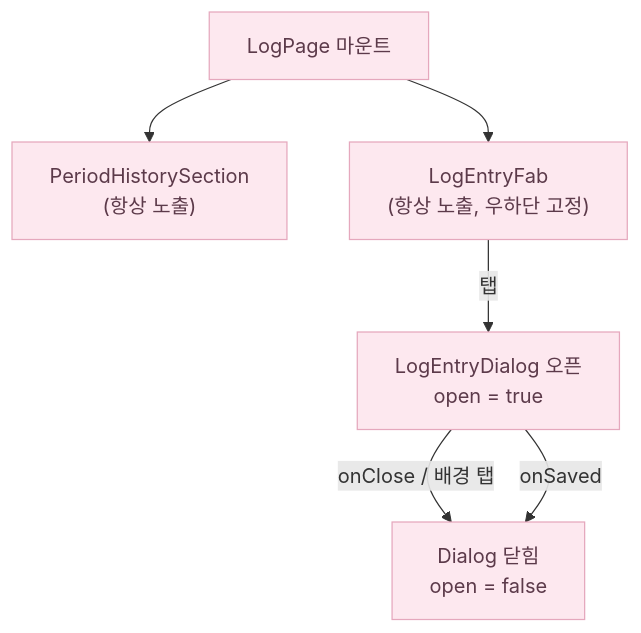
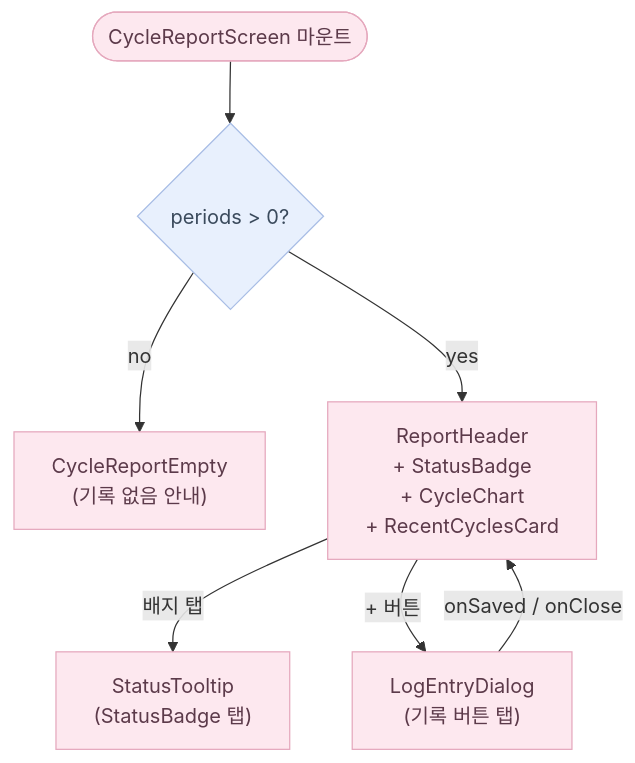
The diagram in docs/flows/log.md (soojjung/dwee-wellness-tracker), drawn with Mermaid before and after one commit. The commit also changed other lines of this file and 28 other files, not shown here.

First line of the commit message:
feat(log): cycle report screen — 7-status classifier + chart + recent cycles (#26)

````diff
--- a/docs/flows/log.md
+++ b/docs/flows/log.md
@@ -20,13 +24,21 @@
 ```mermaid
 flowchart TD
-  Mount["LogPage 마운트"] --> PHS["PeriodHistorySection\n(항상 노출)"]
-  Mount --> FAB["LogEntryFab\n(항상 노출, 우하단 고정)"]
+    Mount(["CycleReportScreen 마운트"])
+    HasPeriods{periods > 0?}
+    Empty["CycleReportEmpty\n(기록 없음 안내)"]
+    Report["ReportHeader\n+ StatusBadge\n+ CycleChart\n+ RecentCyclesCard"]
+    Tooltip["StatusTooltip\n(StatusBadge 탭)"]
+    Dialog["LogEntryDialog\n(기록 버튼 탭)"]
 
-  FAB -->|"탭"| Dialog["LogEntryDialog 오픈\nopen = true"]
-  Dialog -->|"onClose / 배경 탭"| Closed["Dialog 닫힘\nopen = false"]
-  Dialog -->|"onSaved"| Closed
+    Mount --> HasPeriods
+    HasPeriods -- no --> Empty
+    HasPeriods -- yes --> Report
+    Report -->|"배지 탭"| Tooltip
+    Report -->|"+ 버튼"| Dialog
+    Dialog -->|"onSaved / onClose"| Report
 
-  classDef ui fill:#FDE8EF,stroke:#E5A8BD,color:#5C3A4A;
-  classDef logic fill:#E8F0FD,stroke:#A8BDE5,color:#3A4A5C;
-  class Mount,PHS,FAB,Dialog,Closed ui;
+    classDef ui fill:#FDE8EF,stroke:#E5A8BD,color:#5C3A4A;
+    classDef logic fill:#E8F0FD,stroke:#A8BDE5,color:#3A4A5C;
+    class Mount,Empty,Report,Tooltip,Dialog ui;
+    class HasPeriods logic;
 ```
````
